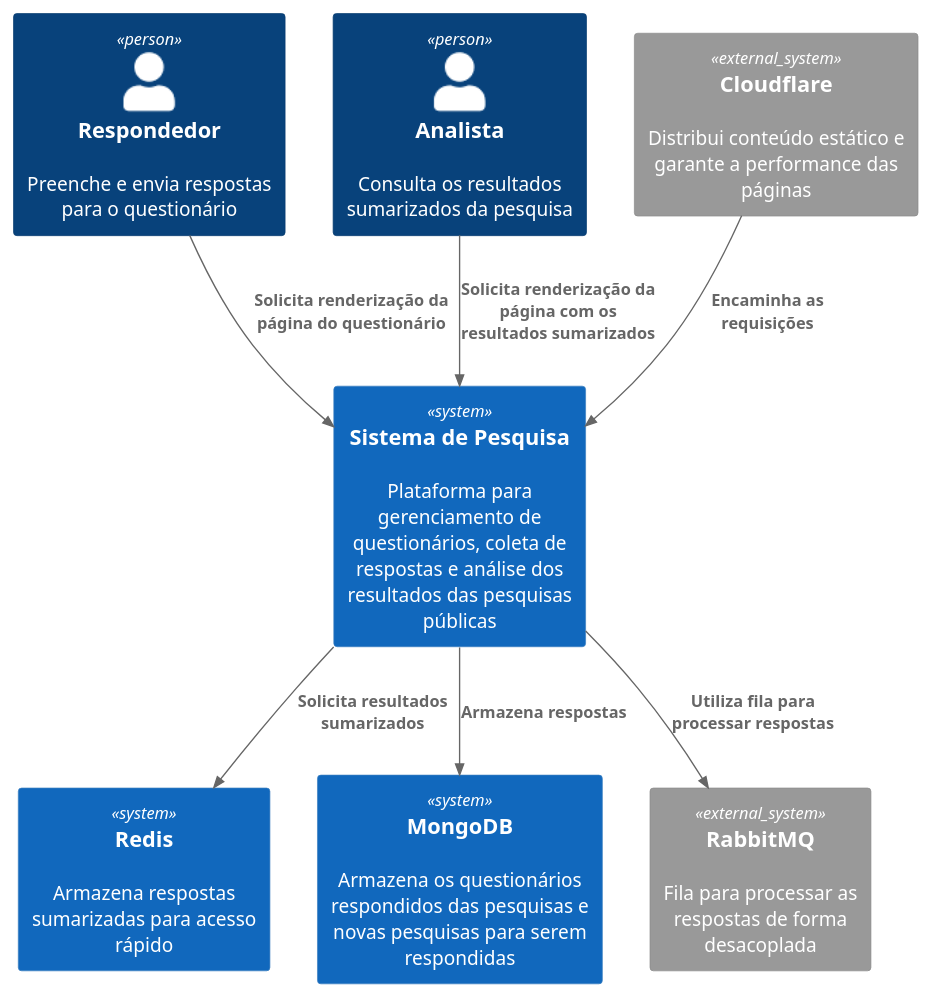
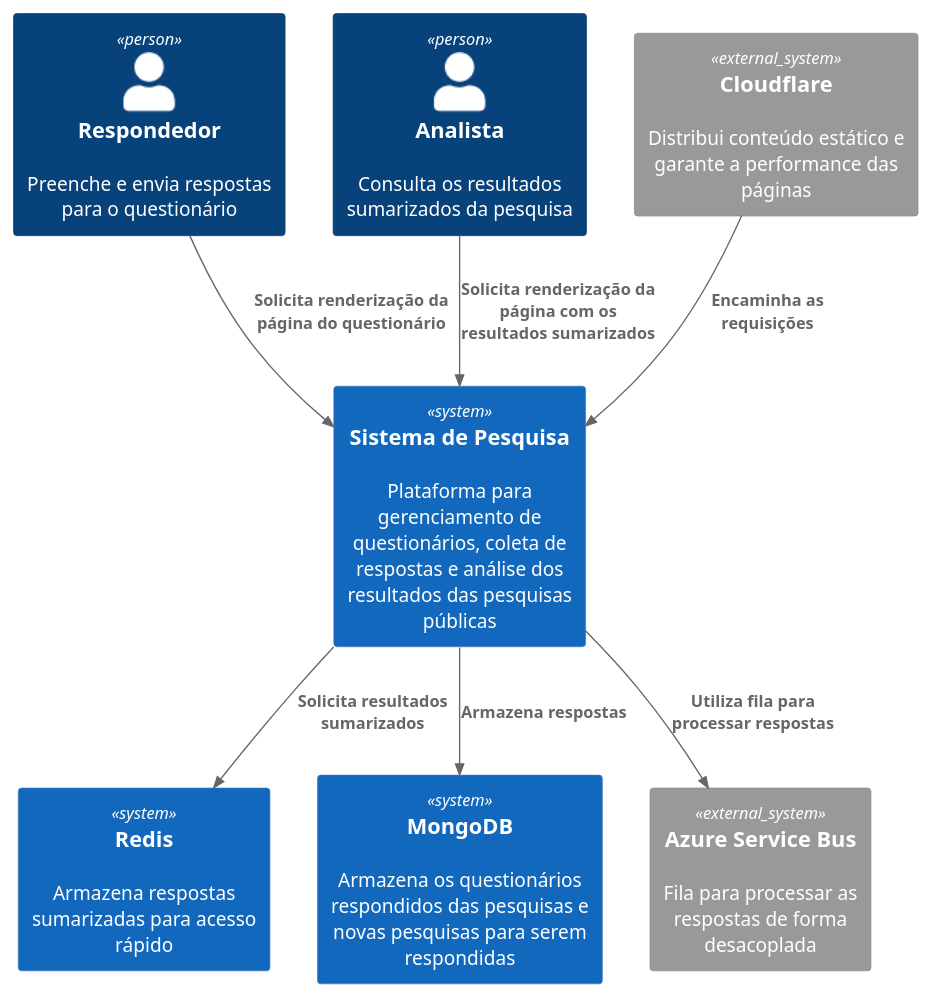
One commit to silviobassi/PesquisaPublica.Documents changed the diagram in C4Architecture/C1Context.puml. Above: the diagram before and after it, drawn with PlantUML. The commit also changed 11 other files, not shown here.

```diff
--- a/C4Architecture/C1Context.puml
+++ b/C4Architecture/C1Context.puml
@@ -1,20 +1,20 @@
 @startuml
 !include https://raw.githubusercontent.com/plantuml-stdlib/C4-PlantUML/master/C4_Context.puml
 
 Person(responder, "Respondedor", "Preenche e envia respostas para o questionário")
 Person(analyst, "Analista", "Consulta os resultados sumarizados da pesquisa")
 System(system, "Sistema de Pesquisa", "Plataforma para gerenciamento de questionários, coleta de respostas e análise dos resultados das pesquisas públicas")
 
 System_Ext(cdn, "Cloudflare", "Distribui conteúdo estático e garante a performance das páginas")
 System(redis, "Redis", "Armazena respostas sumarizadas para acesso rápido")
 System(mongodb, "MongoDB", "Armazena os questionários respondidos das pesquisas e novas pesquisas para serem respondidas")
-System_Ext(servicebus, "RabbitMQ", "Fila para processar as respostas de forma desacoplada")
+System_Ext(servicebus, "Azure Service Bus", "Fila para processar as respostas de forma desacoplada")
 
 Rel(responder, system, "Solicita renderização da página do questionário")
 Rel(analyst, system, "Solicita renderização da página com os resultados sumarizados")
 Rel(cdn, system, "Encaminha as requisições")
 Rel(system, redis, "Solicita resultados sumarizados")
 Rel(system, mongodb, "Armazena respostas")
 Rel(system, servicebus, "Utiliza fila para processar respostas")
 
 @enduml
```
